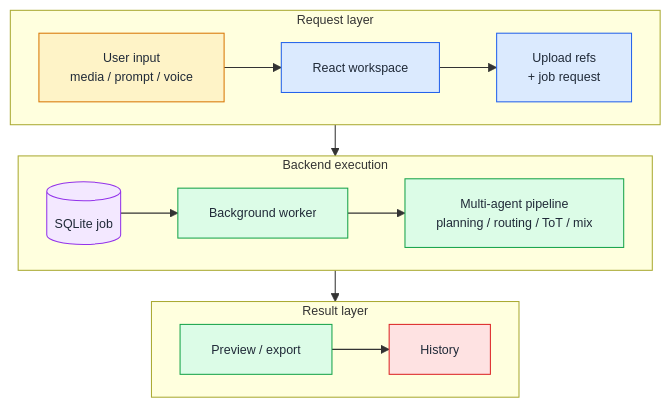
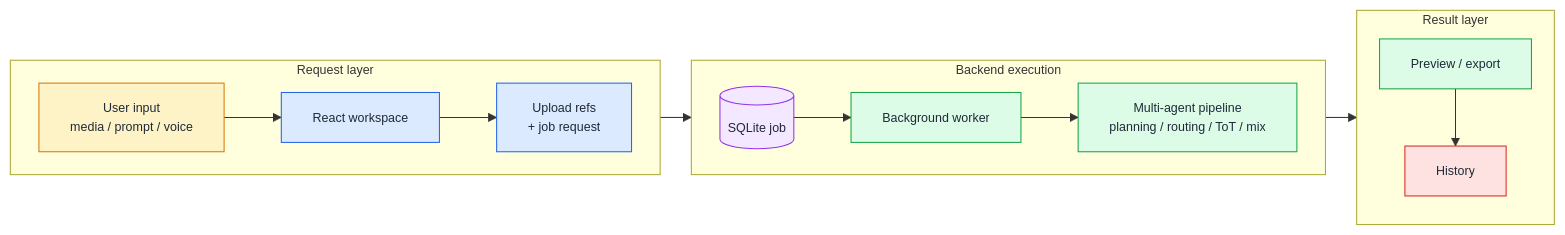
The first of 3 diagrams in report.md (Simon-leong/DubMaster), drawn with Mermaid before and after one commit. The commit also changed other lines of this file and 1 other file, not shown here.

````diff
--- a/report.md
+++ b/report.md
@@ -16,34 +16,34 @@
 ```mermaid
 %%{init: {"flowchart": {"curve": "basis", "nodeSpacing": 24, "rankSpacing": 30}, "themeVariables": {"fontSize": "12px"}} }%%
-flowchart TB
+flowchart LR
     subgraph REQUEST[Request layer]
         direction LR
         A[User input<br/>media / prompt / voice] --> B[React workspace]
         B --> C[Upload refs<br/>+ job request]
     end
 
     subgraph EXECUTE[Backend execution]
         direction LR
         D[(SQLite job)] --> E[Background worker]
         E --> F[Multi-agent pipeline<br/>planning / routing / ToT / mix]
     end
 
     subgraph RESULT[Result layer]
-        direction LR
+        direction TD
         G[Preview / export] --> H[History]
     end
 
     C --> D
     F --> G
 
     classDef input fill:#fef3c7,stroke:#d97706,color:#1f2937;
     classDef frontend fill:#dbeafe,stroke:#2563eb,color:#1f2937;
     classDef backend fill:#dcfce7,stroke:#16a34a,color:#1f2937;
     classDef data fill:#f3e8ff,stroke:#9333ea,color:#1f2937;
     classDef output fill:#fee2e2,stroke:#dc2626,color:#1f2937;
     class A input;
     class B,C frontend;
     class E,F,G backend;
     class D data;
     class H output;
 ```
````
